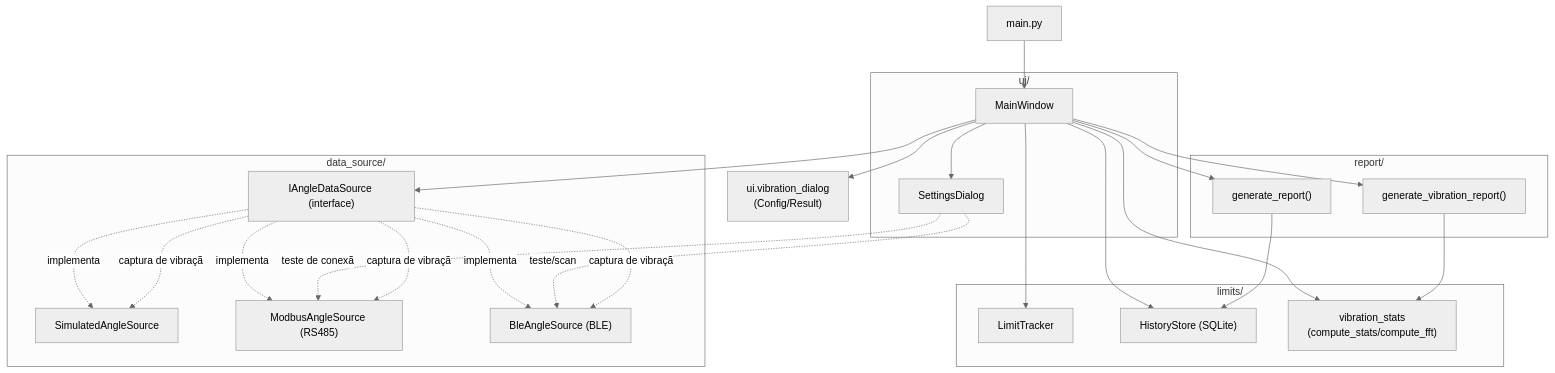
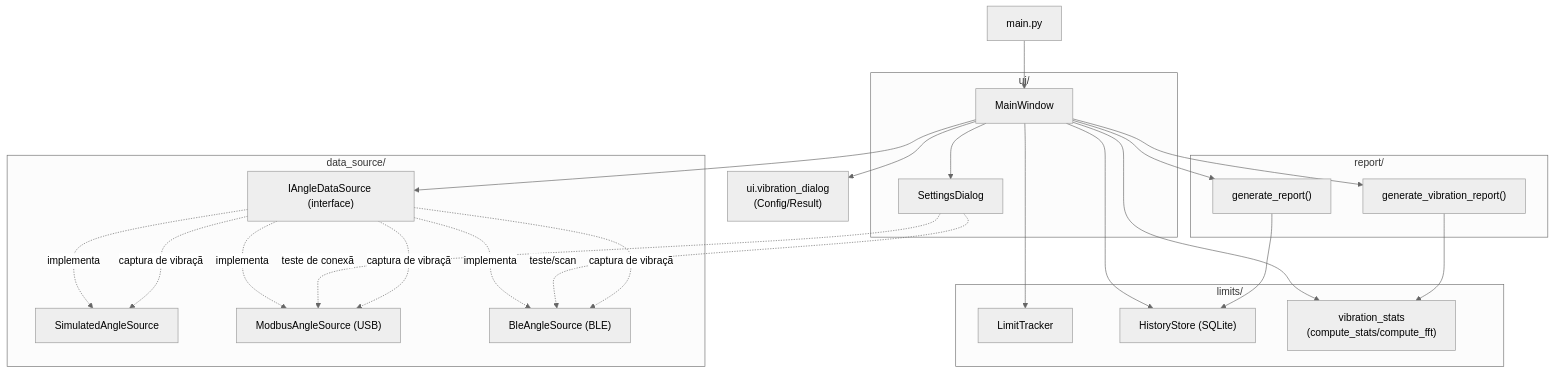
Before and after one commit to williandlima/Inclinometer_Esp32: the first of 6 diagrams in docs/fluxograma-python-app.md, drawn with Mermaid (neutral theme). The commit also changed other lines of this file and 13 other files, not shown here.

````diff
--- a/docs/fluxograma-python-app.md
+++ b/docs/fluxograma-python-app.md
@@ -30,46 +31,46 @@
 ```mermaid
 graph TD
     main["main.py"] --> MainWindow
 
     subgraph ui["ui/"]
         MainWindow["MainWindow"]
         SettingsDialog["SettingsDialog"]
     end
 
     subgraph data_source["data_source/"]
         IAngleDataSource["IAngleDataSource (interface)"]
         Simulated["SimulatedAngleSource"]
-        Modbus["ModbusAngleSource (RS485)"]
+        Modbus["ModbusAngleSource (USB)"]
         Ble["BleAngleSource (BLE)"]
     end
 
     subgraph limits["limits/"]
         LimitTracker["LimitTracker"]
         HistoryStore["HistoryStore (SQLite)"]
         VibrationStats["vibration_stats<br/>(compute_stats/compute_fft)"]
     end
 
     subgraph report["report/"]
         ReportGenerator["generate_report()"]
         VibrationReport["generate_vibration_report()"]
     end
 
     MainWindow --> SettingsDialog
     MainWindow --> IAngleDataSource
     IAngleDataSource -.implementa.-> Simulated
     IAngleDataSource -.implementa.-> Modbus
     IAngleDataSource -.implementa.-> Ble
     MainWindow --> LimitTracker
     MainWindow --> HistoryStore
     MainWindow --> ReportGenerator
     MainWindow --> VibrationStats
     MainWindow --> VibrationReport
     MainWindow --> VibrationDialog["ui.vibration_dialog<br/>(Config/Result)"]
     ReportGenerator --> HistoryStore
     VibrationReport --> VibrationStats
     SettingsDialog -.teste de conexão.-> Modbus
     SettingsDialog -.teste/scan.-> Ble
     IAngleDataSource -.captura de vibração.-> Simulated
     IAngleDataSource -.captura de vibração.-> Modbus
     IAngleDataSource -.captura de vibração.-> Ble
 ```
````
